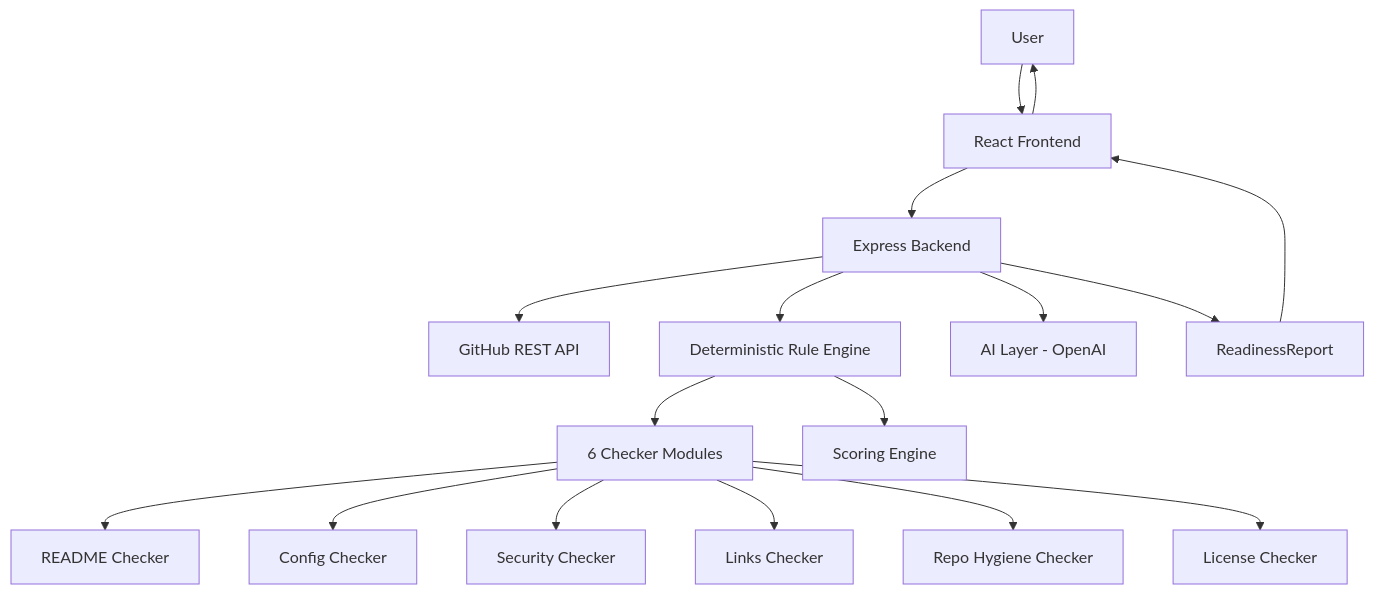
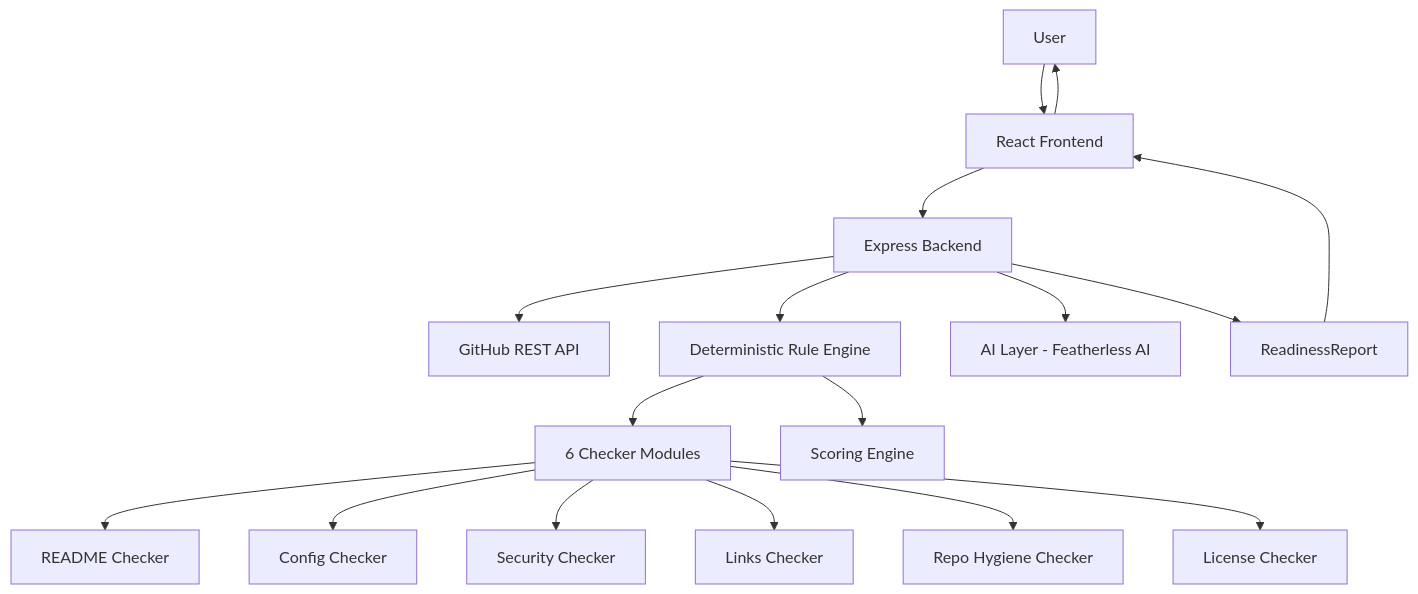
One commit to Tanya-garg10/ShipCheck-AI-GitHub-Repository-Submission-Readiness-Agent changed the diagram in README.md. Above: the diagram before and after it, drawn with Mermaid. The commit also changed other lines of this file and 11 other files, not shown here.

````diff
--- a/README.md
+++ b/README.md
@@ -111,20 +111,20 @@
 ```mermaid
 graph TB
     User[User] --> Frontend[React Frontend]
     Frontend --> Backend[Express Backend]
     Backend --> GitHub[GitHub REST API]
     Backend --> Engine[Deterministic Rule Engine]
     Engine --> Checkers[6 Checker Modules]
     Engine --> Scorer[Scoring Engine]
-    Backend --> AI[AI Layer - OpenAI]
+    Backend --> AI[AI Layer - Featherless AI]
     Backend --> Response[ReadinessReport]
     Response --> Frontend
     Frontend --> User
 
     Checkers --> Readme[README Checker]
     Checkers --> Config[Config Checker]
     Checkers --> Security[Security Checker]
     Checkers --> Links[Links Checker]
     Checkers --> Hygiene[Repo Hygiene Checker]
     Checkers --> License[License Checker]
 ```
````
